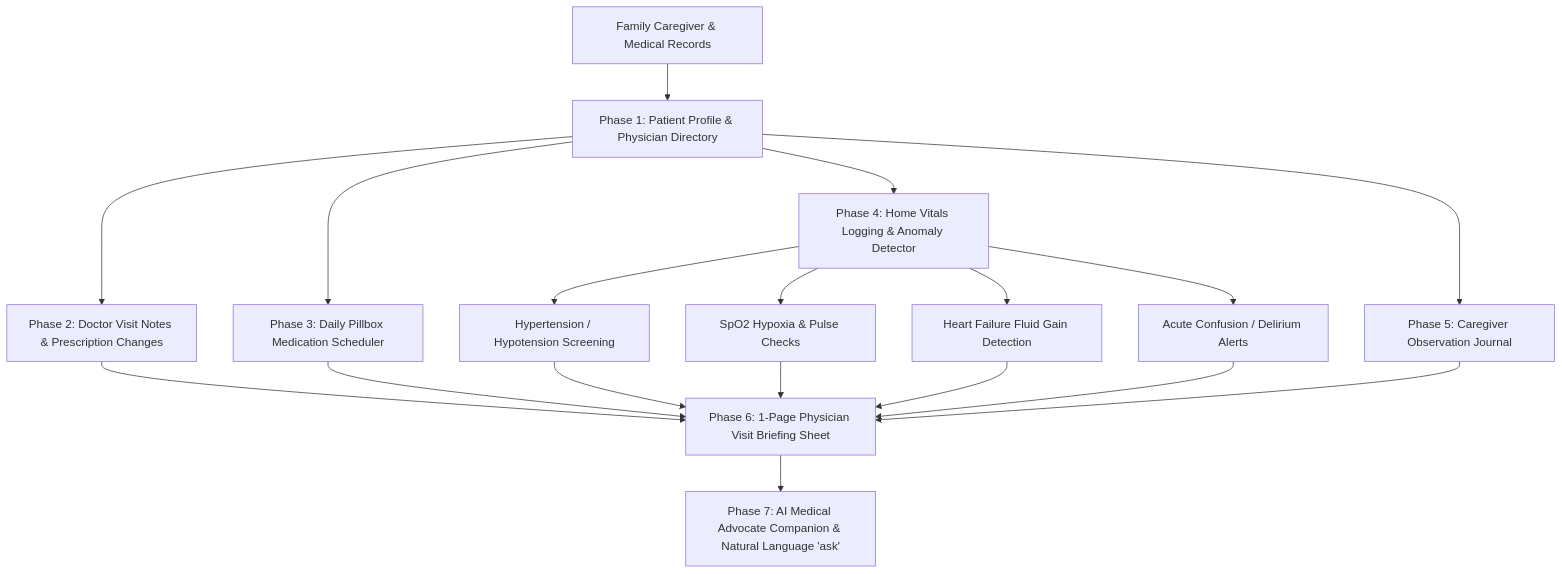
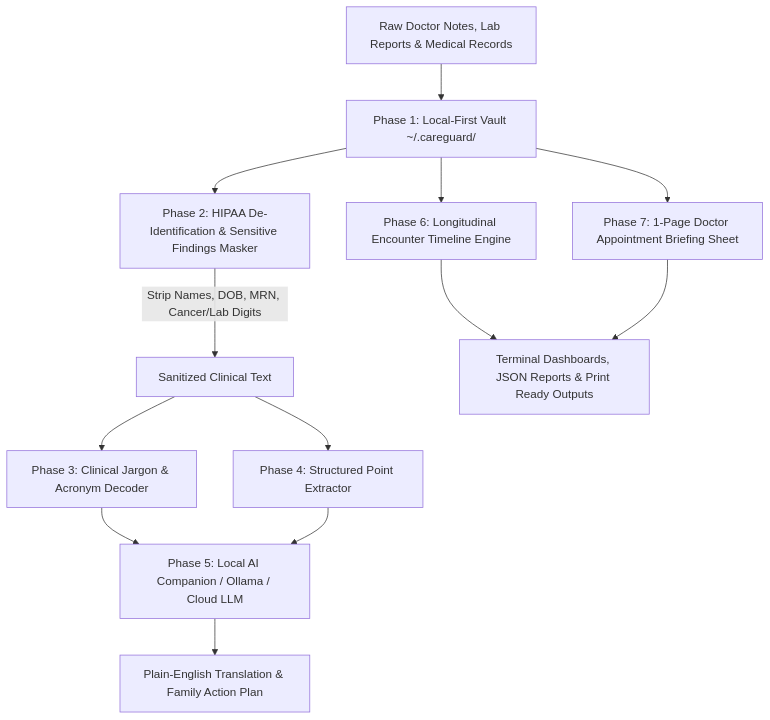
The diagram in README.md (Muybi3n/AI_Projects), drawn with Mermaid before and after one commit. The commit also changed other lines of this file and 12 other files, not shown here.

Commit message:
feat: add privacy-preserving doctor note explainer, HIPAA de-identification, and longitudinal clinical timeline

````diff
--- a/README.md
+++ b/README.md
@@ -33,17 +37,18 @@
 ```mermaid
 graph TD
-    A[Family Caregiver & Medical Records] --> B[Phase 1: Patient Profile & Physician Directory]
+    A[Raw Doctor Notes, Lab Reports & Medical Records] --> B[Phase 1: Local-First Vault ~/.careguard/]
     
-    B --> C[Phase 2: Doctor Visit Notes & Prescription Changes]
-    B --> D[Phase 3: Daily Pillbox Medication Scheduler]
-    B --> E[Phase 4: Home Vitals Logging & Anomaly Detector]
-    B --> F[Phase 5: Caregiver Observation Journal]
+    B --> C[Phase 2: HIPAA De-Identification & Sensitive Findings Masker]
+    C -->|Strip Names, DOB, MRN, Cancer/Lab Digits| D[Sanitized Clinical Text]
     
-    E --> E1[Hypertension / Hypotension Screening]
-    E --> E2[SpO2 Hypoxia & Pulse Checks]
-    E --> E3[Heart Failure Fluid Gain Detection]
-    E --> E4[Acute Confusion / Delirium Alerts]
+    D --> E[Phase 3: Clinical Jargon & Acronym Decoder]
+    D --> F[Phase 4: Structured Point Extractor]
     
-    C & D & E1 & E2 & E3 & E4 & F --> G[Phase 6: 1-Page Physician Visit Briefing Sheet]
-    G --> H[Phase 7: AI Medical Advocate Companion & Natural Language 'ask']
+    E & F --> G[Phase 5: Local AI Companion / Ollama / Cloud LLM]
+    G --> H[Plain-English Translation & Family Action Plan]
+    
+    B --> I[Phase 6: Longitudinal Encounter Timeline Engine]
+    B --> J[Phase 7: 1-Page Doctor Appointment Briefing Sheet]
+    
+    I & J --> K[Terminal Dashboards, JSON Reports & Print Ready Outputs]
 ```
````
